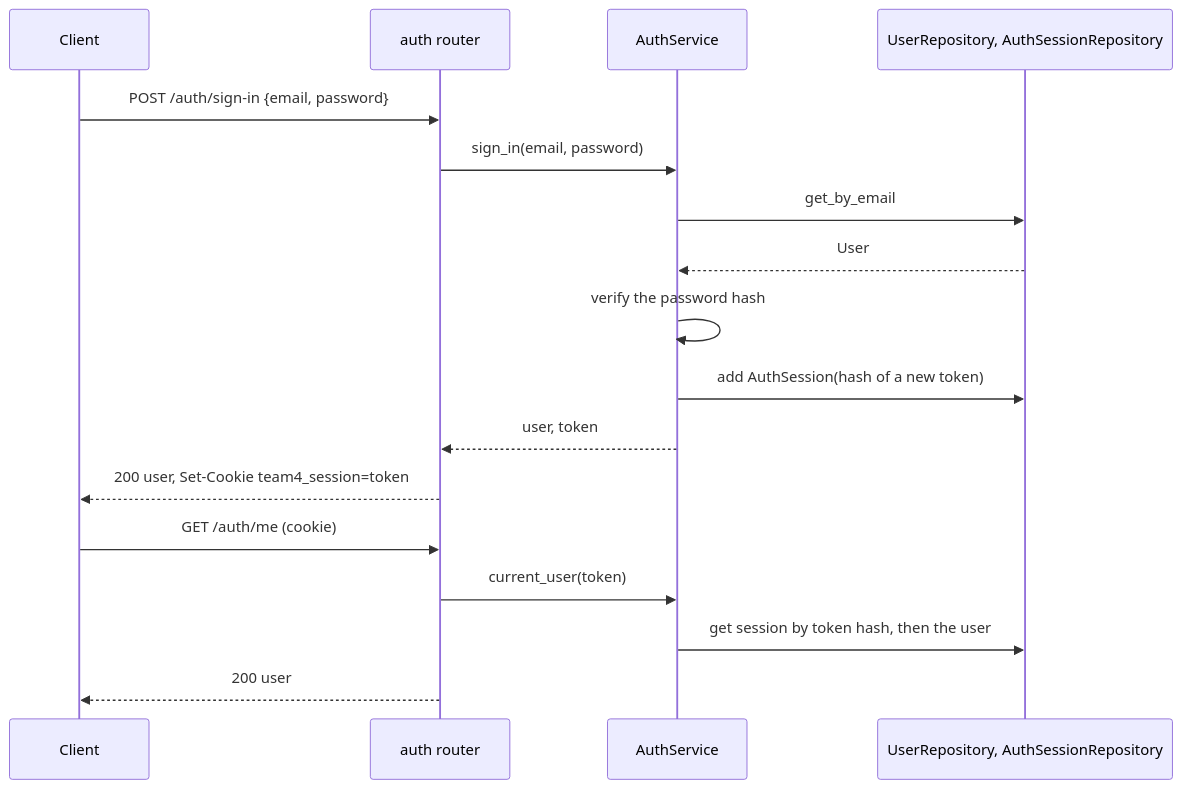
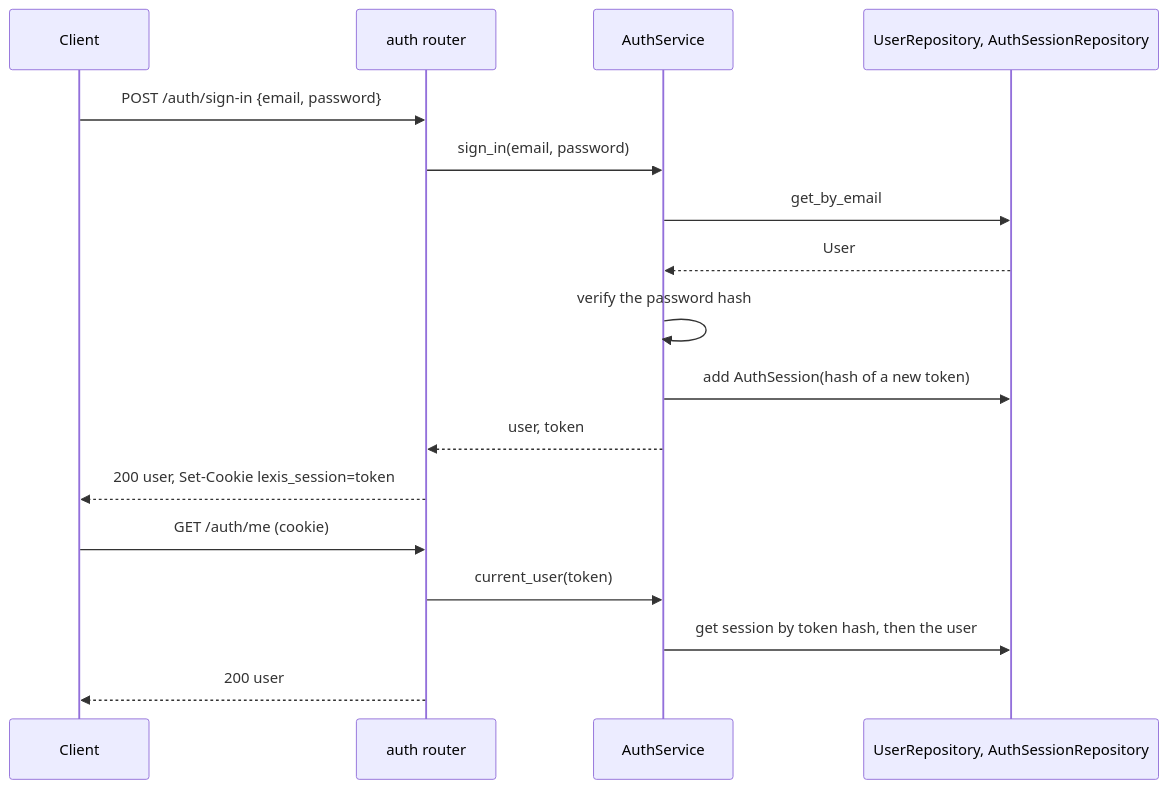
One commit to muhammadov-q/lexis changed the diagram in docs/architecture/authentication.md. Above: the diagram before and after it, drawn with Mermaid. The commit also changed other lines of this file and 39 other files, not shown here.

````diff
--- a/docs/architecture/authentication.md
+++ b/docs/architecture/authentication.md
@@ -29,19 +29,19 @@
 ```mermaid
 sequenceDiagram
     participant Client
     participant Router as auth router
     participant Service as AuthService
     participant DB as UserRepository, AuthSessionRepository
     Client->>Router: POST /auth/sign-in {email, password}
     Router->>Service: sign_in(email, password)
     Service->>DB: get_by_email
     DB-->>Service: User
     Service->>Service: verify the password hash
     Service->>DB: add AuthSession(hash of a new token)
     Service-->>Router: user, token
-    Router-->>Client: 200 user, Set-Cookie team4_session=token
+    Router-->>Client: 200 user, Set-Cookie lexis_session=token
     Client->>Router: GET /auth/me (cookie)
     Router->>Service: current_user(token)
     Service->>DB: get session by token hash, then the user
     Router-->>Client: 200 user
 ```
````
